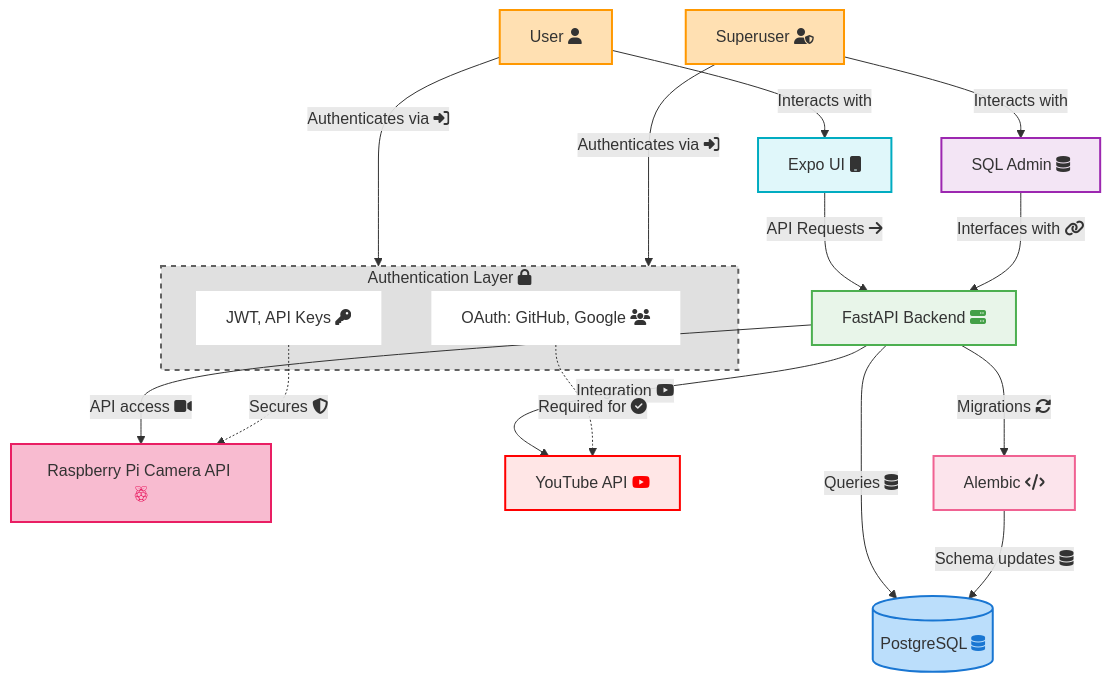
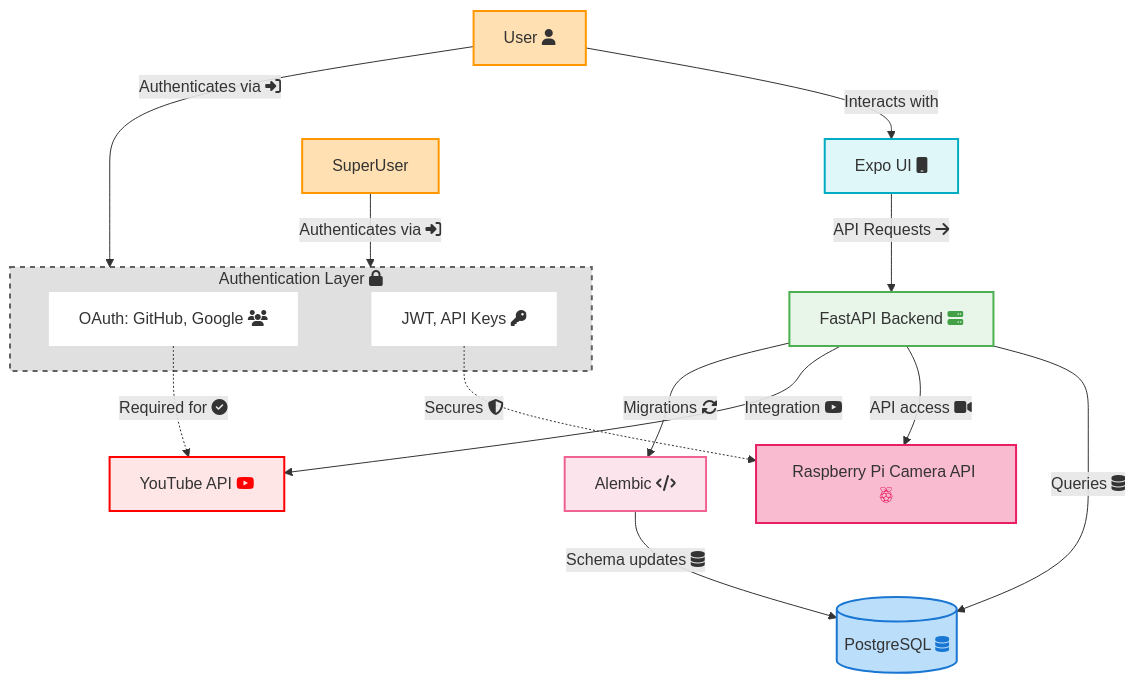
Before and after one commit to CMLPlatform/relab: the diagram in docs/docs/architecture/system-design.md, drawn with Mermaid. The commit also changed other lines of this file and 20 other files, not shown here.

Commit message:
fix(backend): Lint backend with ruff targeted to 3.14 and remove unused sqladmin interface

````diff
--- a/docs/docs/architecture/system-design.md
+++ b/docs/docs/architecture/system-design.md
@@ -7,45 +7,42 @@
 ```mermaid
 graph TD
     User["User fa:fa-user"] -->|Interacts with| Frontend[Expo UI fa:fa-mobile]
-    SuperUser["Superuser fa:fa-user-shield"] -->|Interacts with| SQLAdmin[SQL Admin fa:fa-database]
 
     %% Core backend and DB
     Frontend -->|API Requests fa:fa-arrow-right| Backend[FastAPI Backend <i class="fa fa-server" style="color:#43a047;"></i>]
-    SQLAdmin -->|Interfaces with fa:fa-link| Backend
     Backend -->|Queries fa:fa-database| PostgreSQL[(PostgreSQL <i class="fa fa-database" style="color:#1976d2;"></i>)]
 
     %% Authentication
     subgraph AuthenticationLayer ["Authentication Layer fa:fa-lock"]
         OAuthProviders[OAuth: GitHub, Google fa:fa-users]
         AuthSystem[JWT, API Keys fa:fa-key]
     end
 
     User -->|Authenticates via fa:fa-sign-in-alt| AuthenticationLayer
     SuperUser -->|Authenticates via fa:fa-sign-in-alt| AuthenticationLayer
 
     %% External systems
     Backend -->|API access fa:fa-video| RaspberryPi[Raspberry Pi Camera API <i class="fab fa-raspberry-pi" style="color:#e91e63;"></i>]
     Backend -->|Integration <i class="fa-brands fa-youtube"></i>| YouTube[YouTube API <i class="fab fa-youtube" style="color:#ff0000;"></i>]
     AuthSystem -.->|Secures fa:fa-shield-alt| RaspberryPi
     OAuthProviders -.->|Required for fa:fa-check-circle| YouTube
 
     %% Database migrations
     Backend -->|Migrations fa:fa-sync-alt| Alembic[Alembic fa:fa-code]
     Alembic -->|Schema updates fa:fa-database| PostgreSQL
 
     style Frontend fill:#e0f7fa,stroke:#00acc1,stroke-width:2px
     style Backend fill:#e8f5e9,stroke:#4caf50,stroke-width:2px
     style PostgreSQL fill:#bbdefb,stroke:#1976d2,stroke-width:2px;
-    style SQLAdmin fill:#f3e5f5,stroke:#9c27b0,stroke-width:2px
     style RaspberryPi fill:#f8bbd0,stroke:#e91e63,stroke-width:2px;
     style YouTube fill:#ffe6e6,stroke:#ff0000,stroke-width:2px;
     style Alembic fill:#fce4ec,stroke:#f06292,stroke-width:2px
     style AuthenticationLayer fill:#e0e0e0,stroke:#616161,stroke-width:2px,stroke-dasharray: 5 5;
 
 
     classDef UserFill fill:#ffe0b2,stroke:#ff9800,stroke-width:2px;
     class User,SuperUser UserFill;
     classDef AuthFill fill:#fff,stroke:#0000,stroke-width:2px;
     class OAuthProviders,AuthSystem AuthFill;
 
 ```
````
